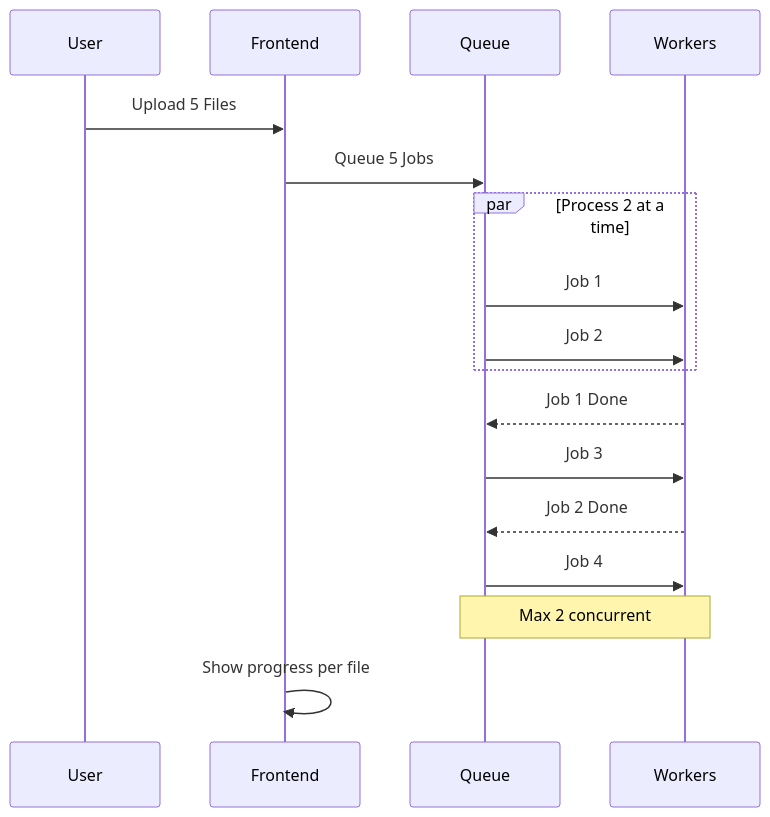
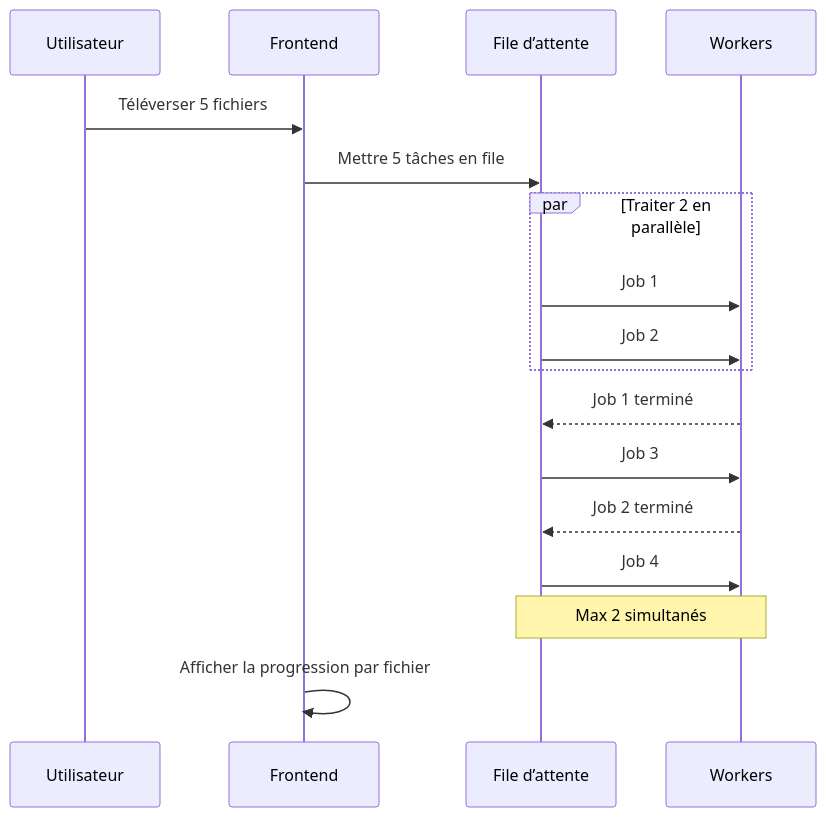
The fifth of 8 diagrams in docs/fr/architecture/diagrams.md (duckling-ui/duckling), drawn with Mermaid before and after one commit. The commit also changed other lines of this file and 133 other files, not shown here.

````diff
--- a/docs/fr/architecture/diagrams.md
+++ b/docs/fr/architecture/diagrams.md
@@ -129,24 +129,24 @@
 ```mermaid
 sequenceDiagram
-    participant U as User
+    participant U as Utilisateur
     participant F as Frontend
-    participant Q as Queue
+    participant Q as File d’attente
     participant W as Workers
 
-    U->>F: Upload 5 Files
-    F->>Q: Queue 5 Jobs
+    U->>F: Téléverser 5 fichiers
+    F->>Q: Mettre 5 tâches en file
 
-    par Process 2 at a time
+    par Traiter 2 en parallèle
         Q->>W: Job 1
         Q->>W: Job 2
     end
 
-    W-->>Q: Job 1 Done
+    W-->>Q: Job 1 terminé
     Q->>W: Job 3
-    W-->>Q: Job 2 Done
+    W-->>Q: Job 2 terminé
     Q->>W: Job 4
 
-    Note over Q,W: Max 2 concurrent
+    Note over Q,W: Max 2 simultanés
 
-    F->>F: Show progress per file
+    F->>F: Afficher la progression par fichier
 ```
````
